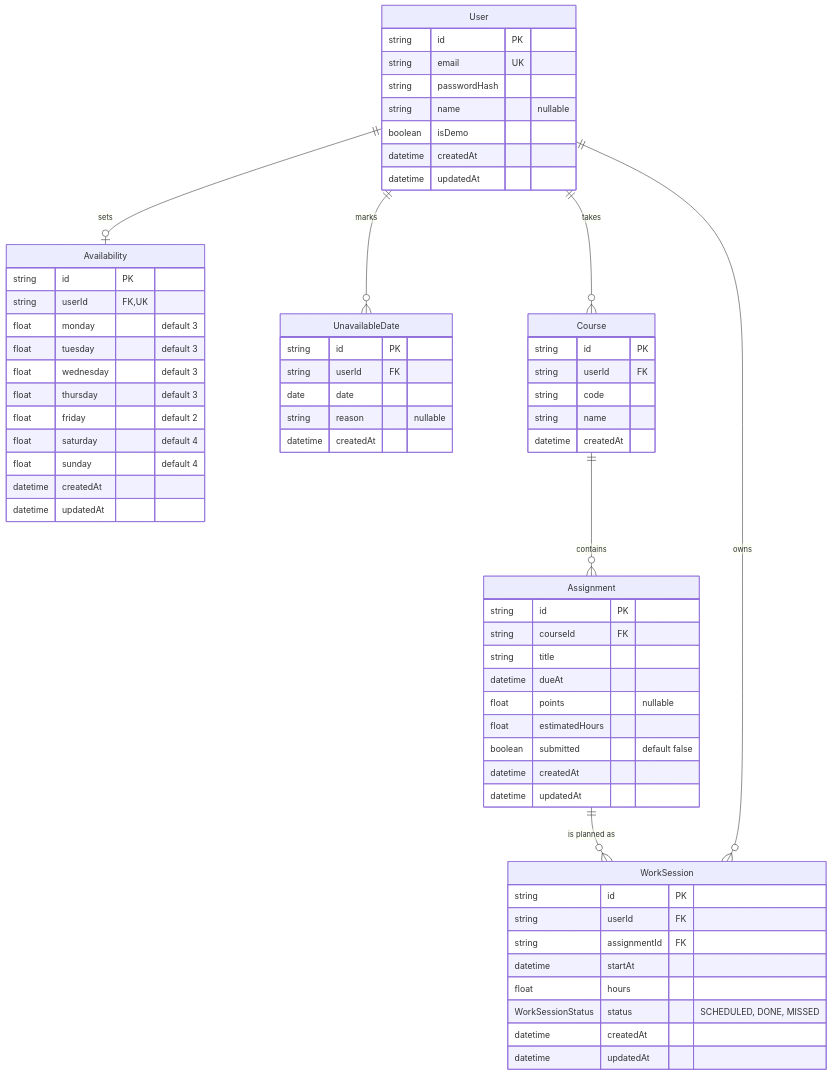
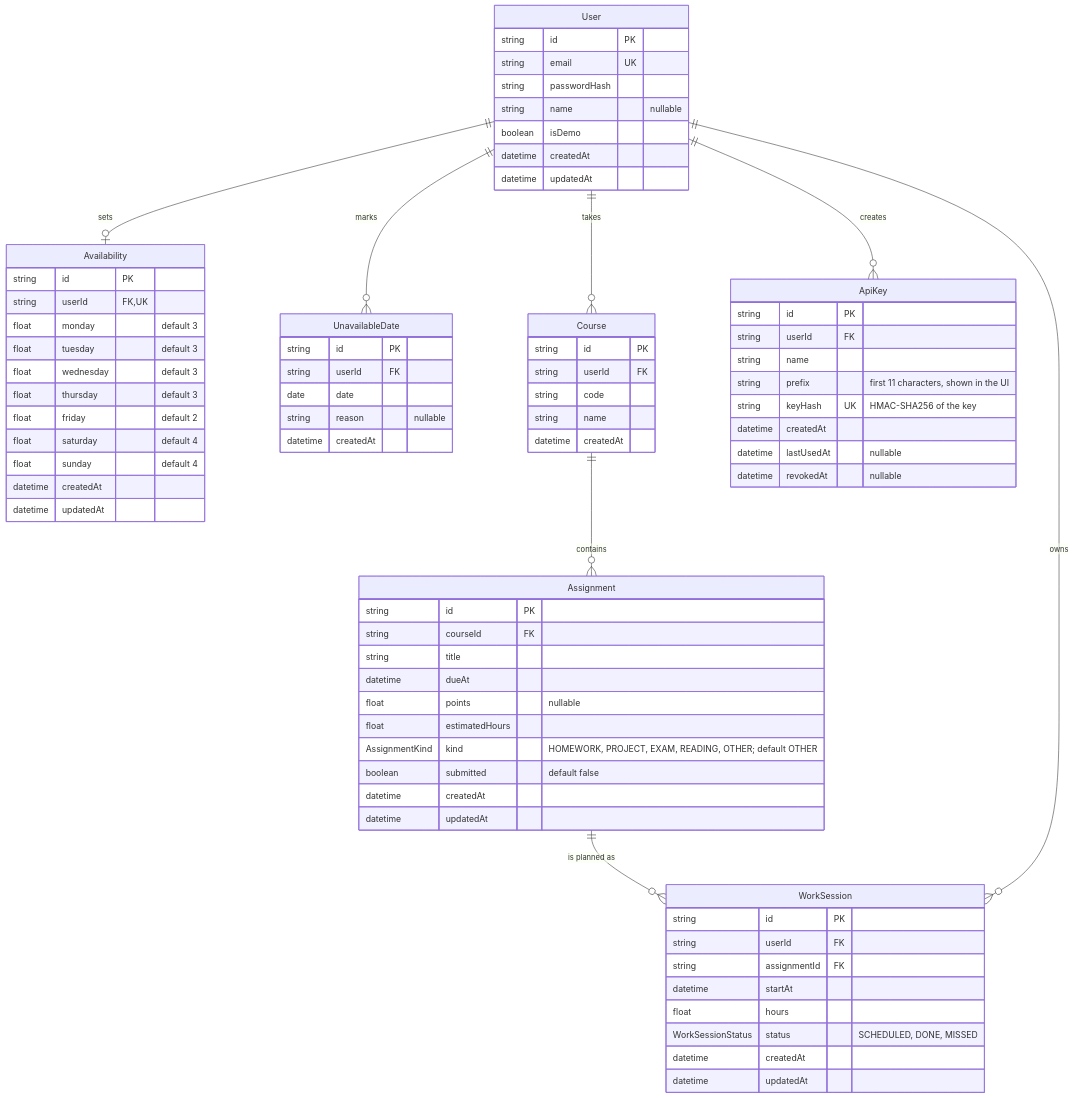
Before and after one commit to ch3nxi1iu/CS6983Project2: the diagram in docs/database.md, drawn with Mermaid. The commit also changed other lines of this file and 1 other file, not shown here.

Commit message:
docs: add API keys, assignment kind and the public API to the diagrams (#22)

````diff
--- a/docs/database.md
+++ b/docs/database.md
@@ -7,67 +7,79 @@
 ```mermaid
 erDiagram
   User ||--o| Availability : "sets"
   User ||--o{ UnavailableDate : "marks"
   User ||--o{ Course : "takes"
   Course ||--o{ Assignment : "contains"
   Assignment ||--o{ WorkSession : "is planned as"
   User ||--o{ WorkSession : "owns"
+  User ||--o{ ApiKey : "creates"
 
   User {
     string id PK
     string email UK
     string passwordHash
     string name "nullable"
     boolean isDemo
     datetime createdAt
     datetime updatedAt
   }
   Availability {
     string id PK
     string userId FK, UK
     float monday "default 3"
     float tuesday "default 3"
     float wednesday "default 3"
     float thursday "default 3"
     float friday "default 2"
     float saturday "default 4"
     float sunday "default 4"
     datetime createdAt
     datetime updatedAt
   }
   UnavailableDate {
     string id PK
     string userId FK
     date date
     string reason "nullable"
     datetime createdAt
   }
   Course {
     string id PK
     string userId FK
     string code
     string name
     datetime createdAt
   }
   Assignment {
     string id PK
     string courseId FK
     string title
     datetime dueAt
     float points "nullable"
     float estimatedHours
+    AssignmentKind kind "HOMEWORK, PROJECT, EXAM, READING, OTHER; default OTHER"
     boolean submitted "default false"
     datetime createdAt
     datetime updatedAt
   }
   WorkSession {
     string id PK
     string userId FK
     string assignmentId FK
     datetime startAt
     float hours
     WorkSessionStatus status "SCHEDULED, DONE, MISSED"
     datetime createdAt
     datetime updatedAt
   }
+  ApiKey {
+    string id PK
+    string userId FK
+    string name
+    string prefix "first 11 characters, shown in the UI"
+    string keyHash UK "HMAC-SHA256 of the key"
+    datetime createdAt
+    datetime lastUsedAt "nullable"
+    datetime revokedAt "nullable"
+  }
 ```
````
